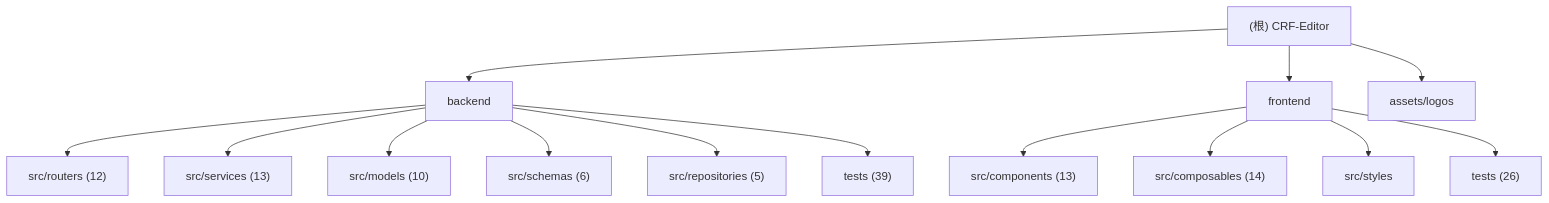
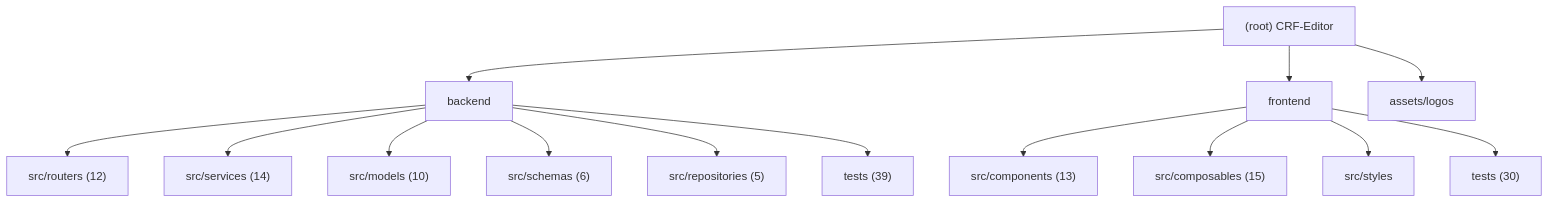
The diagram in .claude/CLAUDE.md (decade6666/CRF-Editor), drawn with Mermaid before and after one commit. The commit also changed other lines of this file and 6 other files, not shown here.

````diff
--- a/.claude/CLAUDE.md
+++ b/.claude/CLAUDE.md
@@ -15,19 +15,19 @@
 ```mermaid
 graph TD
-    A["(根) CRF-Editor"] --> B["backend"];
+    A["(root) CRF-Editor"] --> B["backend"];
     B --> B1["src/routers (12)"];
-    B --> B2["src/services (13)"];
+    B --> B2["src/services (14)"];
     B --> B3["src/models (10)"];
     B --> B4["src/schemas (6)"];
     B --> B5["src/repositories (5)"];
     B --> B6["tests (39)"];
     A --> C["frontend"];
     C --> C1["src/components (13)"];
-    C --> C2["src/composables (14)"];
+    C --> C2["src/composables (15)"];
     C --> C3["src/styles"];
-    C --> C4["tests (26)"];
+    C --> C4["tests (30)"];
     A --> D["assets/logos"];
 
-    click B "./backend/.claude/CLAUDE.md" "查看 backend 模块文档"
-    click C "./frontend/.claude/CLAUDE.md" "查看 frontend 模块文档"
+    click B "./backend/.claude/CLAUDE.md" "View backend module docs"
+    click C "./frontend/.claude/CLAUDE.md" "View frontend module docs"
 ```
````
